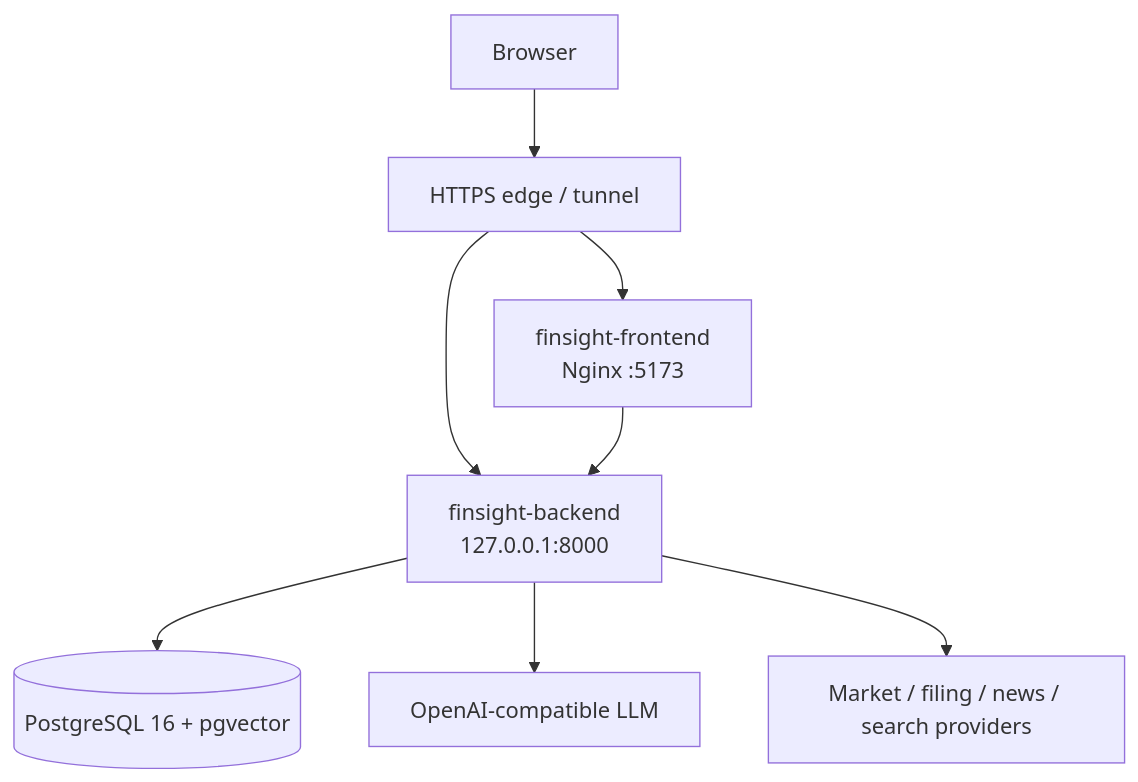
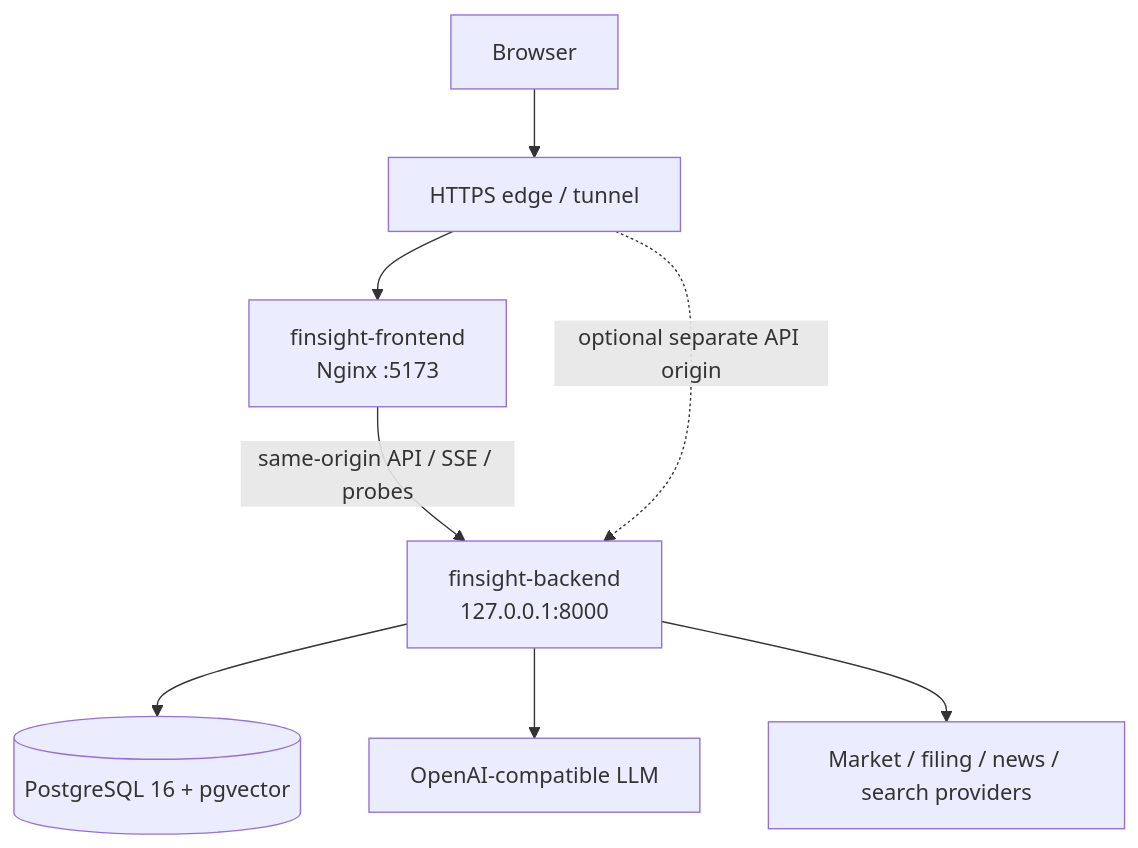
Before and after one commit to kkkano/FinSight: the diagram in docs/11_PRODUCTION_RUNBOOK.md, drawn with Mermaid. The commit also changed other lines of this file and 83 other files, not shown here.

Commit message:
refactor: ship safe research workbench and today flow

````diff
--- a/docs/11_PRODUCTION_RUNBOOK.md
+++ b/docs/11_PRODUCTION_RUNBOOK.md
@@ -11,10 +11,10 @@
 ```mermaid
 flowchart TB
     USER[Browser] --> EDGE[HTTPS edge / tunnel]
     EDGE --> FE[finsight-frontend\nNginx :5173]
-    EDGE --> BE[finsight-backend\n127.0.0.1:8000]
-    FE --> BE
+    FE -->|same-origin API / SSE / probes| BE[finsight-backend\n127.0.0.1:8000]
+    EDGE -. optional separate API origin .-> BE
     BE --> PG[(PostgreSQL 16 + pgvector)]
     BE --> LLM[OpenAI-compatible LLM]
     BE --> DATA[Market / filing / news / search providers]
 ```
````
